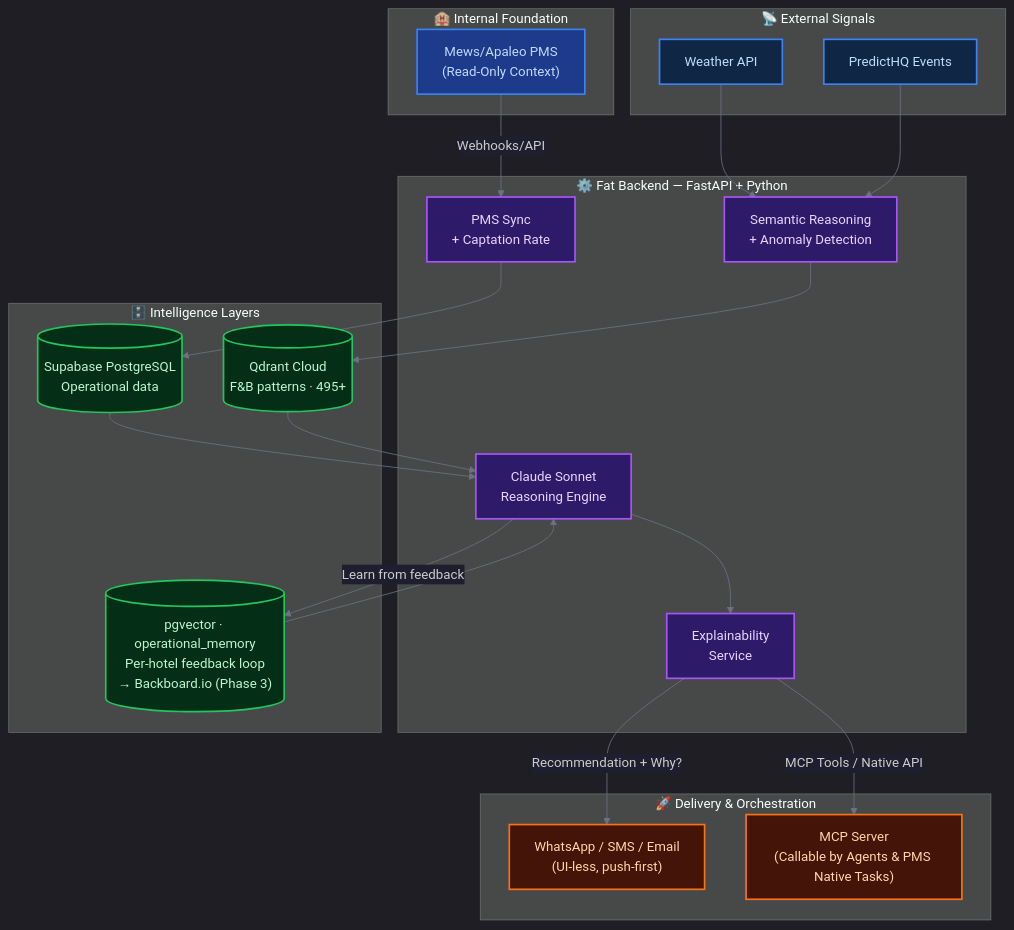
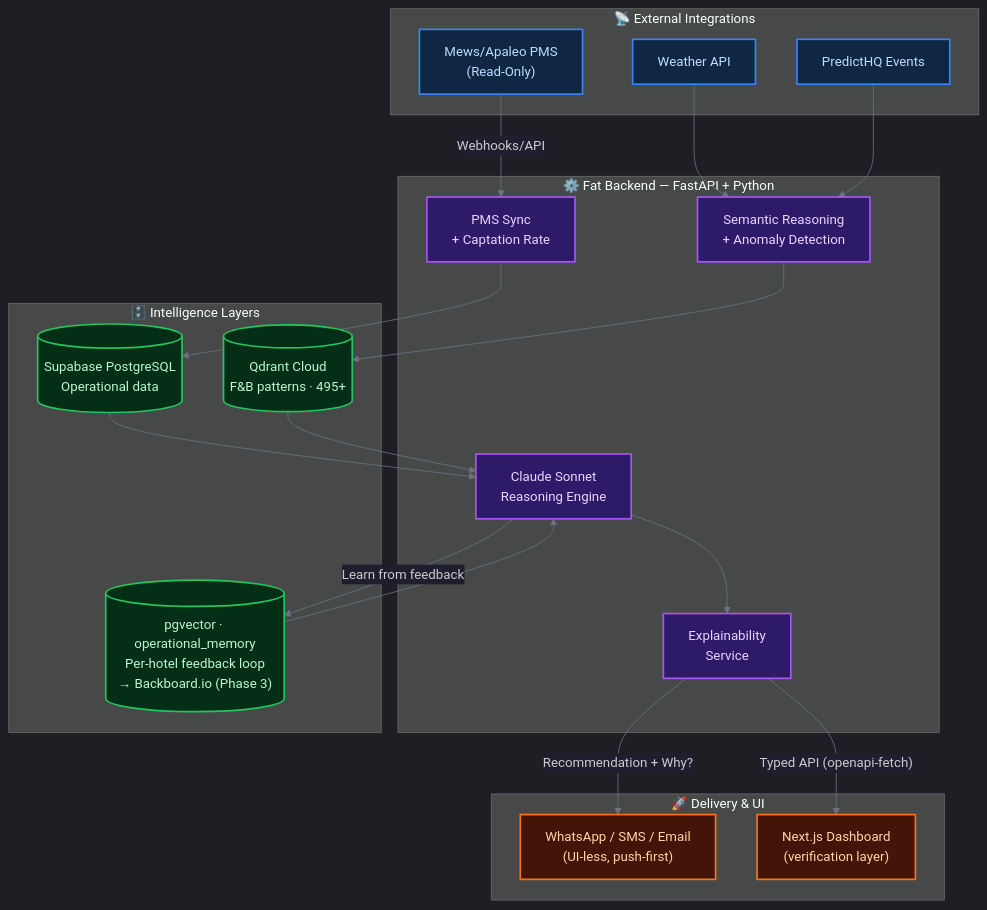
Before and after one commit to IvandeMurard/aetherix-hospitality-ai: the diagram in README.md, drawn with Mermaid. The commit also changed other lines of this file and 203 other files, not shown here.

````diff
--- a/README.md
+++ b/README.md
@@ -110,56 +101,50 @@
 ```mermaid
 %%{init: {'theme': 'dark', 'themeVariables': {'edgeLabelBackground': '#1e1e2e', 'lineColor': '#6b7280'}}}%%
 graph TD
-    subgraph FOUNDATION["🏨 Internal Foundation"]
-        PMS["Mews/Apaleo PMS\n(Read-Only Context)"]
-    end
-
-    subgraph EXT["📡 External Signals"]
+    subgraph EXT["📡 External Integrations"]
+        PMS["Mews/Apaleo PMS\n(Read-Only)"]
         Weather["Weather API"]
         Events["PredictHQ Events"]
     end
 
     subgraph BACK["⚙️ Fat Backend — FastAPI + Python"]
         Sync["PMS Sync\n+ Captation Rate"]
         Semantic["Semantic Reasoning\n+ Anomaly Detection"]
         RAG["Claude Sonnet\nReasoning Engine"]
         Explain["Explainability\nService"]
     end
 
     subgraph DATA["🗄️ Intelligence Layers"]
         DB[("Supabase PostgreSQL\nOperational data")]
         Vector[("Qdrant Cloud\nF&B patterns · 495+")]
         Memory[("pgvector · operational_memory\nPer-hotel feedback loop\n→ Backboard.io (Phase 3)")]
     end
 
-    subgraph DELIVERY["🚀 Delivery & Orchestration"]
+    subgraph DELIVERY["🚀 Delivery & UI"]
         Push["WhatsApp / SMS / Email\n(UI-less, push-first)"]
-        MCP["MCP Server\n(Callable by Agents & PMS Native Tasks)"]
+        Frontend["Next.js Dashboard\n(verification layer)"]
     end
 
     PMS -- "Webhooks/API" --> Sync
     Weather --> Semantic
     Events --> Semantic
     Sync --> DB
     Semantic --> Vector
     DB --> RAG
     Vector --> RAG
     Memory --> RAG
     RAG --> Explain
     Explain -- "Recommendation + Why?" --> Push
-    Explain -- "MCP Tools / Native API" --> MCP
+    Explain -- "Typed API (openapi-fetch)" --> Frontend
     RAG -- "Learn from feedback" --> Memory
 
-    classDef foundation fill:#1e3a8a,stroke:#3b82f6,stroke-width:2px,color:#bfdbfe
     classDef external  fill:#0f2744,stroke:#3b82f6,stroke-width:2px,color:#bfdbfe
     classDef backend   fill:#2d1b69,stroke:#a855f7,stroke-width:2px,color:#e9d5ff
     classDef db        fill:#052e16,stroke:#22c55e,stroke-width:2px,color:#bbf7d0
     classDef delivery  fill:#431407,stroke:#f97316,stroke-width:2px,color:#fed7aa
 
-    class PMS foundation
-    class Weather,Events external
+    class PMS,Weather,Events external
     class Sync,Semantic,RAG,Explain backend
     class DB,Vector,Memory db
-    class Push,MCP delivery
-
+    class Push,Frontend delivery
 ```
````
